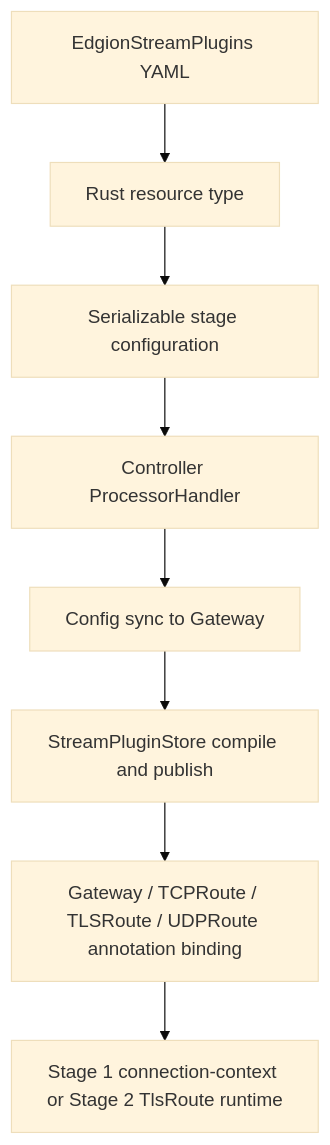
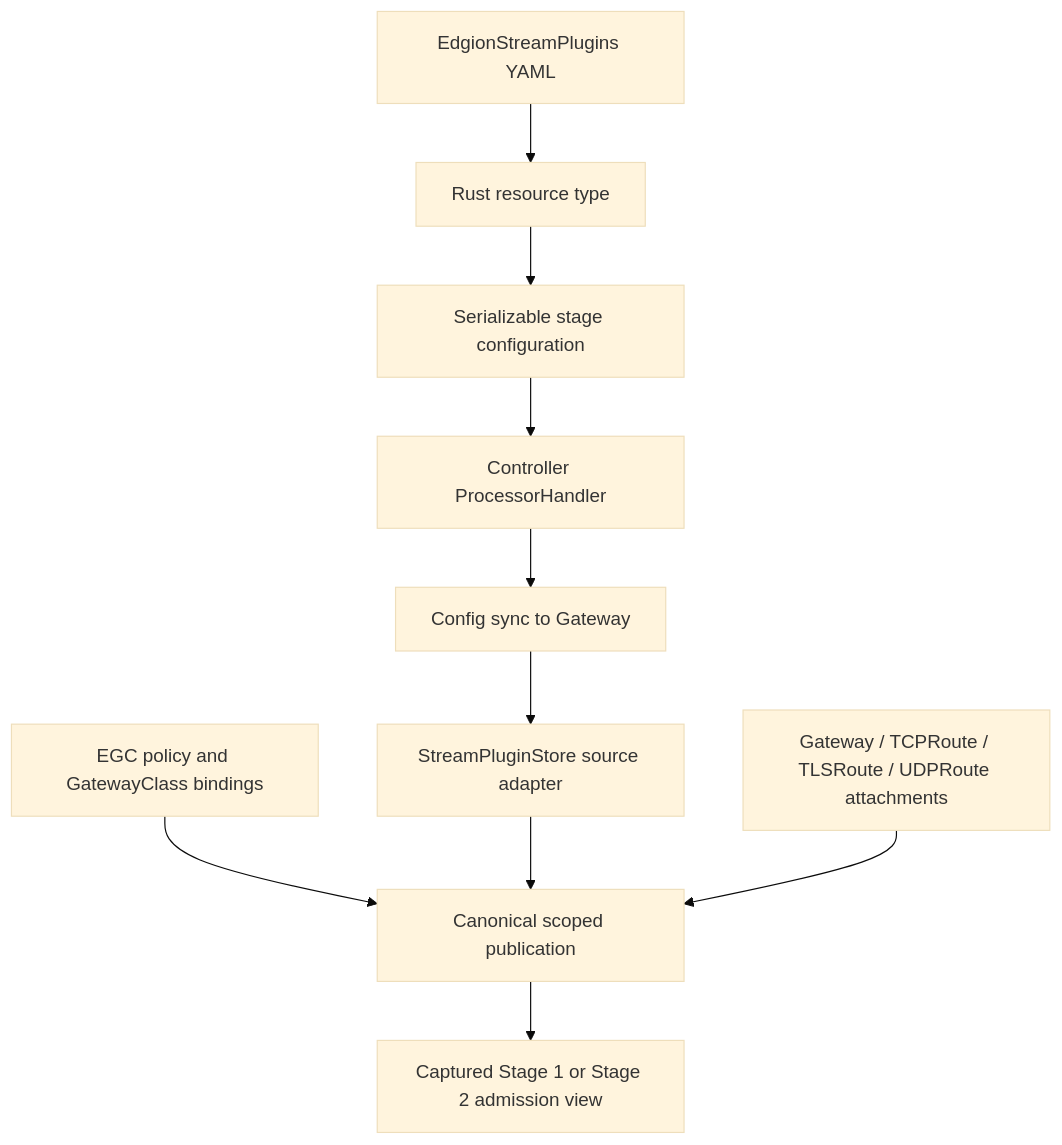
One commit to Pandaala/Edgion changed the diagram in docs/en/dev-guide/stream-plugin-development.md. Above: the diagram before and after it, drawn with Mermaid (base theme). The commit also changed other lines of this file and 206 other files, not shown here.

````diff
--- a/docs/en/dev-guide/stream-plugin-development.md
+++ b/docs/en/dev-guide/stream-plugin-development.md
@@ -81,10 +81,12 @@
 ```mermaid
 graph TD
     A["EdgionStreamPlugins YAML"] --> B["Rust resource type"]
     B --> C["Serializable stage configuration"]
     C --> D["Controller ProcessorHandler"]
     D --> E["Config sync to Gateway"]
-    E --> F["StreamPluginStore compile and publish"]
-    F --> G["Gateway / TCPRoute / TLSRoute / UDPRoute annotation binding"]
-    G --> H["Stage 1 connection-context or Stage 2 TlsRoute runtime"]
+    E --> F["StreamPluginStore source adapter"]
+    P["EGC policy and GatewayClass bindings"] --> Q["Canonical scoped publication"]
+    F --> Q
+    G["Gateway / TCPRoute / TLSRoute / UDPRoute attachments"] --> Q
+    Q --> H["Captured Stage 1 or Stage 2 admission view"]
 ```
````
